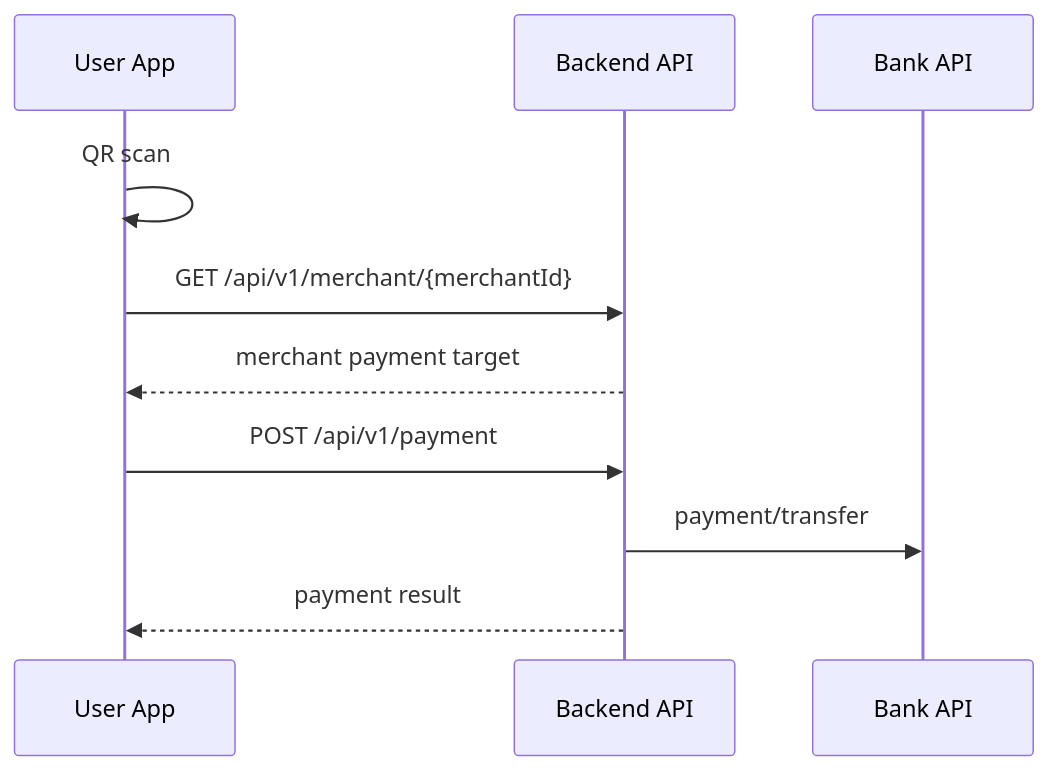
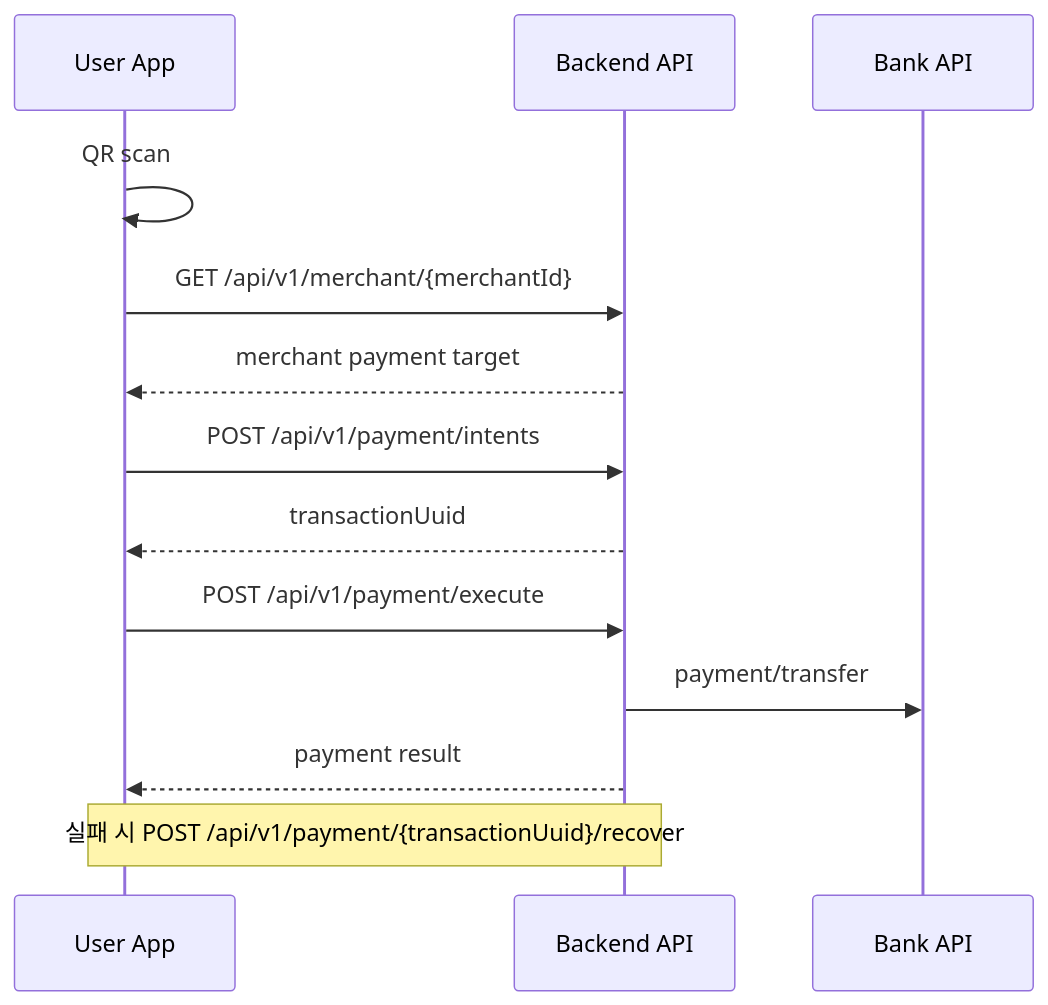
One commit to Fisa-Family/hangang-pay changed the diagram in hangang-pay-be/docs/rest_api.md. Above: the diagram before and after it, drawn with Mermaid. The commit also changed other lines of this file and 10 other files, not shown here.

````diff
--- a/hangang-pay-be/docs/rest_api.md
+++ b/hangang-pay-be/docs/rest_api.md
@@ -43,13 +43,16 @@
 ```mermaid
 sequenceDiagram
   participant U as User App
   participant API as Backend API
   participant Bank as Bank API
 
   U->>U: QR scan
   U->>API: GET /api/v1/merchant/{merchantId}
   API-->>U: merchant payment target
-  U->>API: POST /api/v1/payment
+  U->>API: POST /api/v1/payment/intents
+  API-->>U: transactionUuid
+  U->>API: POST /api/v1/payment/execute
   API->>Bank: payment/transfer
   API-->>U: payment result
+  Note over U,API: 실패 시 POST /api/v1/payment/{transactionUuid}/recover
 ```
````
